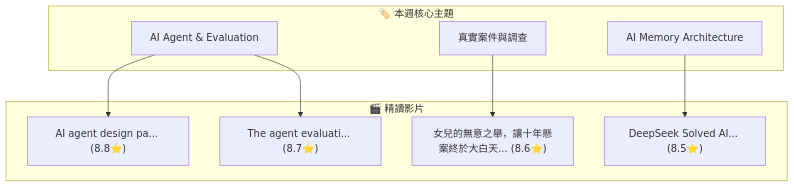
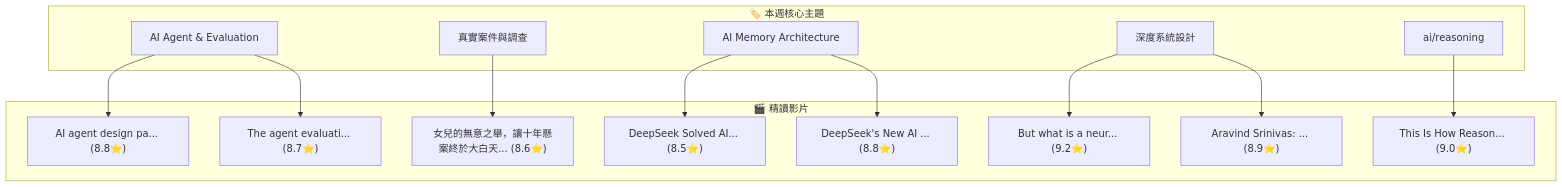
The diagram in diary/weekly/2026-W45.md (brighttw/yt-whale), drawn with Mermaid before and after one commit. The commit also changed other lines of this file and 10 other files, not shown here.

````diff
--- a/diary/weekly/2026-W45.md
+++ b/diary/weekly/2026-W45.md
@@ -37,18 +37,28 @@
 ```mermaid
 graph TD
     subgraph Topics["🏷️ 本週核心主題"]
         T0["AI Agent & Evaluation"]
         T1["真實案件與調查"]
         T2["AI Memory Architecture"]
+        T3["深度系統設計"]
+        T4["ai/reasoning"]
     end
     subgraph Videos["🎬 精讀影片"]
         V0["AI agent design pa... (8.8⭐)"]
         V1["女兒的無意之舉，讓十年懸案終於大白天... (8.6⭐)"]
         V2["DeepSeek Solved AI... (8.5⭐)"]
         V3["The agent evaluati... (8.7⭐)"]
+        V4["DeepSeek's New AI ... (8.8⭐)"]
+        V5["But what is a neur... (9.2⭐)"]
+        V6["Aravind Srinivas: ... (8.9⭐)"]
+        V7["This Is How Reason... (9.0⭐)"]
     end
     T0 --> V0
     T0 --> V3
     T1 --> V1
     T2 --> V2
+    T2 --> V4
+    T3 --> V5
+    T3 --> V6
+    T4 --> V7
 ```
````
